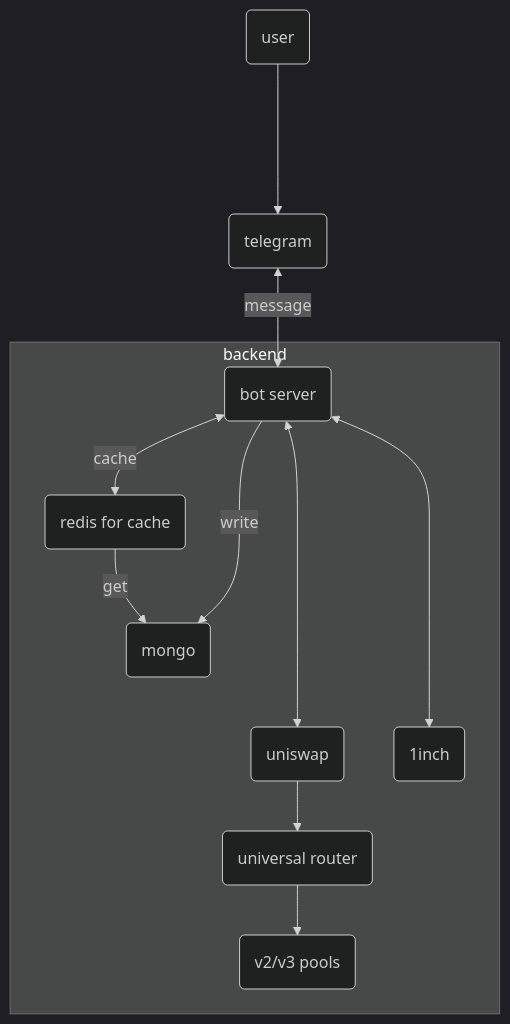
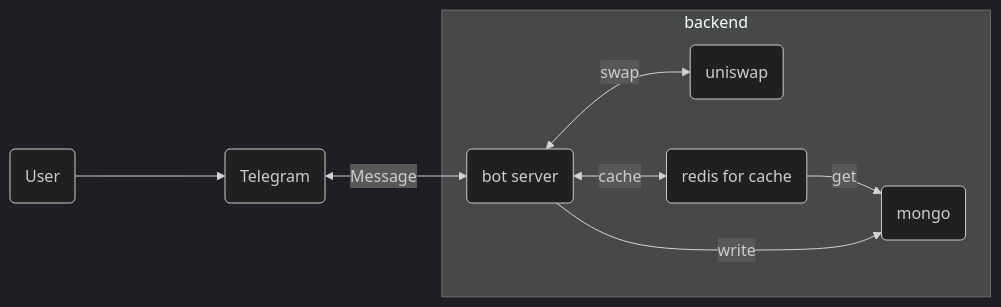
Before and after one commit to yushaku/telegram_bot: the diagram in README.md, drawn with Mermaid (dark theme). The commit also changed other lines of this file and 3 other files, not shown here.

````diff
--- a/README.md
+++ b/README.md
@@ -14,13 +8,12 @@
 ```mermaid
-flowchart TB
-1(user) ----> 2(telegram)
-2 <--message-->3(bot server)
+flowchart LR
+1(User) ----> 2(Telegram)
+2 <--Message-->3(bot server)
 
 subgraph backend
-3 <----> 4(uniswap) --> 4.1(universal router) --> 4.2(v2/v3 pools)
-3 <----> 5(1inch)
+3 <--swap--> 4(uniswap)
 3 <--cache--> 6(redis for cache)
 6 --get--> 7(mongo)
 3 --write-->7
 end
 ```
````
